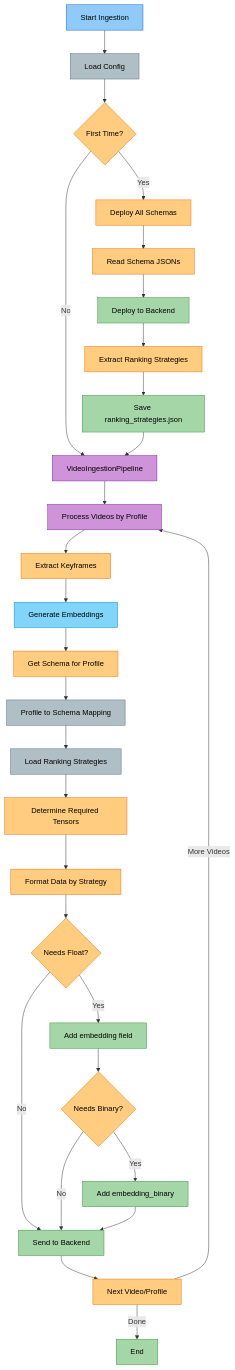
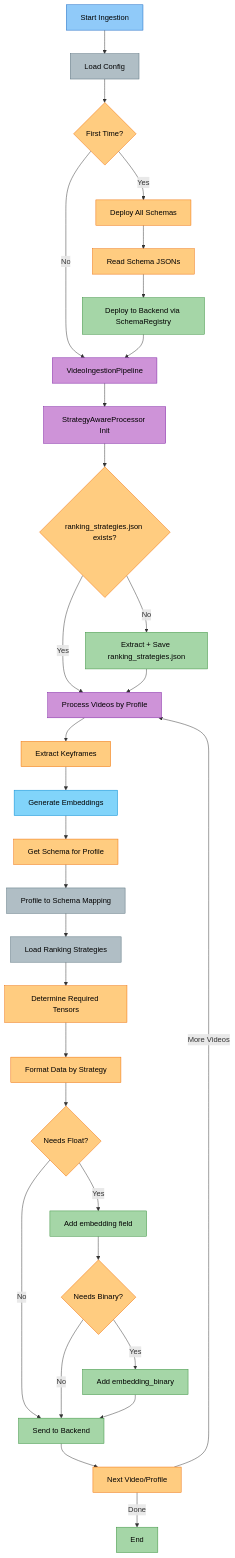
The second of 3 diagrams in docs/architecture/schema_driven_flow.md (amit-jain/cogniverse), drawn with Mermaid before and after one commit. The commit also changed other lines of this file and 50 other files, not shown here.

First line of the commit message:
Complete and verify docs against code with mermaid palette

````diff
--- a/docs/architecture/schema_driven_flow.md
+++ b/docs/architecture/schema_driven_flow.md
@@ -61,60 +61,63 @@
 ```mermaid
 flowchart TD
     A[<span style='color:#000'>Start Ingestion</span>] --> B[<span style='color:#000'>Load Config</span>]
     B --> C{<span style='color:#000'>First Time?</span>}
 
     C -->|Yes| D[<span style='color:#000'>Deploy All Schemas</span>]
     C -->|No| E[<span style='color:#000'>VideoIngestionPipeline</span>]
 
     D --> D1[<span style='color:#000'>Read Schema JSONs</span>]
-    D1 --> D2[<span style='color:#000'>Deploy to Backend</span>]
-    D2 --> D3[<span style='color:#000'>Extract Ranking Strategies</span>]
-    D3 --> D4[<span style='color:#000'>Save ranking_strategies.json</span>]
-    D4 --> E
+    D1 --> D2[<span style='color:#000'>Deploy to Backend via SchemaRegistry</span>]
+    D2 --> E
 
-    E --> F[<span style='color:#000'>Process Videos by Profile</span>]
+    E --> EP[<span style='color:#000'>StrategyAwareProcessor Init</span>]
+    EP --> EP1{<span style='color:#000'>ranking_strategies.json exists?</span>}
+    EP1 -->|No| EP2[<span style='color:#000'>Extract + Save ranking_strategies.json</span>]
+    EP1 -->|Yes| F
+    EP2 --> F[<span style='color:#000'>Process Videos by Profile</span>]
     F --> G[<span style='color:#000'>Extract Keyframes</span>]
     G --> H[<span style='color:#000'>Generate Embeddings</span>]
     H --> I[<span style='color:#000'>Get Schema for Profile</span>]
 
     I --> I1[<span style='color:#000'>Profile to Schema Mapping</span>]
     I1 --> I2[<span style='color:#000'>Load Ranking Strategies</span>]
     I2 --> I3[<span style='color:#000'>Determine Required Tensors</span>]
 
     I3 --> J[<span style='color:#000'>Format Data by Strategy</span>]
     J --> J1{<span style='color:#000'>Needs Float?</span>}
     J1 -->|Yes| J2[<span style='color:#000'>Add embedding field</span>]
     J1 -->|No| K
     J2 --> J3{<span style='color:#000'>Needs Binary?</span>}
     J3 -->|Yes| J4[<span style='color:#000'>Add embedding_binary</span>]
     J3 -->|No| K
     J4 --> K[<span style='color:#000'>Send to Backend</span>]
     K --> L[<span style='color:#000'>Next Video/Profile</span>]
     L -->|More Videos| F
     L -->|Done| M[<span style='color:#000'>End</span>]
 
     style A fill:#90caf9,stroke:#1565c0,color:#000
     style B fill:#b0bec5,stroke:#546e7a,color:#000
     style C fill:#ffcc80,stroke:#ef6c00,color:#000
     style D fill:#ffcc80,stroke:#ef6c00,color:#000
     style D1 fill:#ffcc80,stroke:#ef6c00,color:#000
     style D2 fill:#a5d6a7,stroke:#388e3c,color:#000
-    style D3 fill:#ffcc80,stroke:#ef6c00,color:#000
-    style D4 fill:#a5d6a7,stroke:#388e3c,color:#000
     style E fill:#ce93d8,stroke:#7b1fa2,color:#000
+    style EP fill:#ce93d8,stroke:#7b1fa2,color:#000
+    style EP1 fill:#ffcc80,stroke:#ef6c00,color:#000
+    style EP2 fill:#a5d6a7,stroke:#388e3c,color:#000
     style F fill:#ce93d8,stroke:#7b1fa2,color:#000
     style G fill:#ffcc80,stroke:#ef6c00,color:#000
     style H fill:#81d4fa,stroke:#0288d1,color:#000
     style I fill:#ffcc80,stroke:#ef6c00,color:#000
     style I1 fill:#b0bec5,stroke:#546e7a,color:#000
     style I2 fill:#b0bec5,stroke:#546e7a,color:#000
     style I3 fill:#ffcc80,stroke:#ef6c00,color:#000
     style J fill:#ffcc80,stroke:#ef6c00,color:#000
     style J1 fill:#ffcc80,stroke:#ef6c00,color:#000
     style J2 fill:#a5d6a7,stroke:#388e3c,color:#000
     style J3 fill:#ffcc80,stroke:#ef6c00,color:#000
     style J4 fill:#a5d6a7,stroke:#388e3c,color:#000
     style K fill:#a5d6a7,stroke:#388e3c,color:#000
     style L fill:#ffcc80,stroke:#ef6c00,color:#000
     style M fill:#a5d6a7,stroke:#388e3c,color:#000
 ```
````
